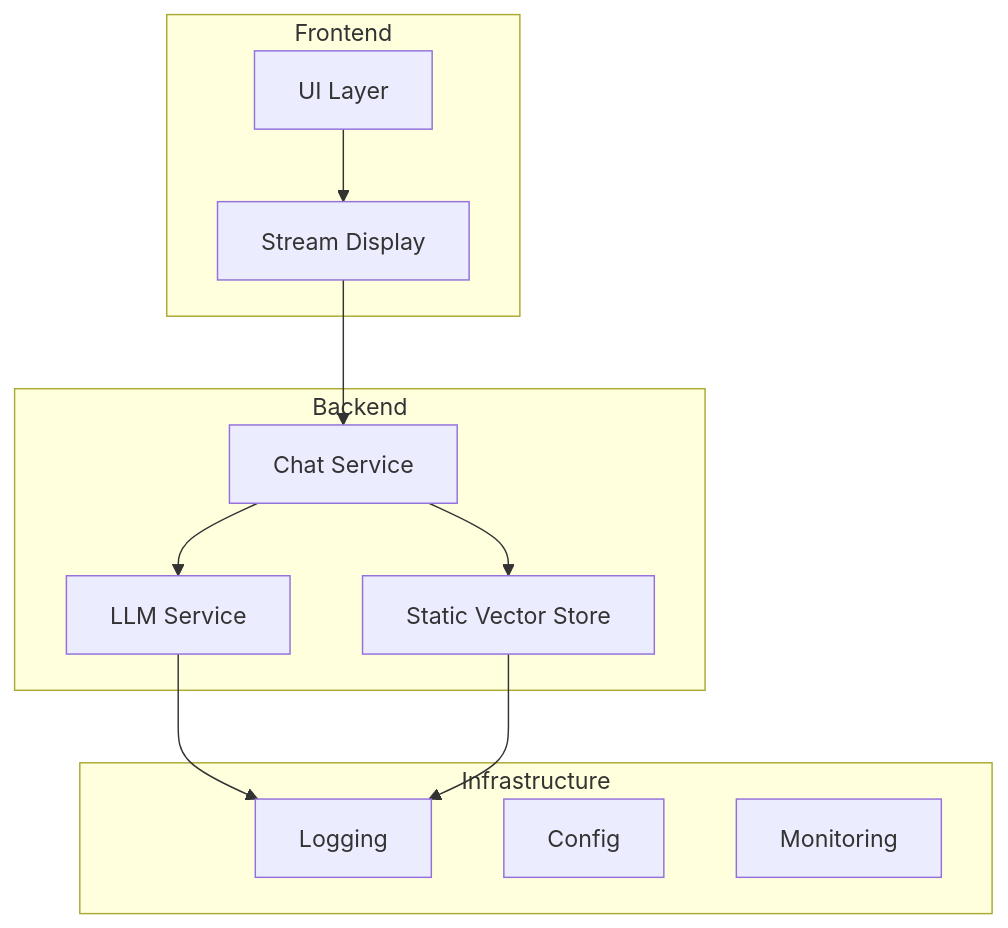
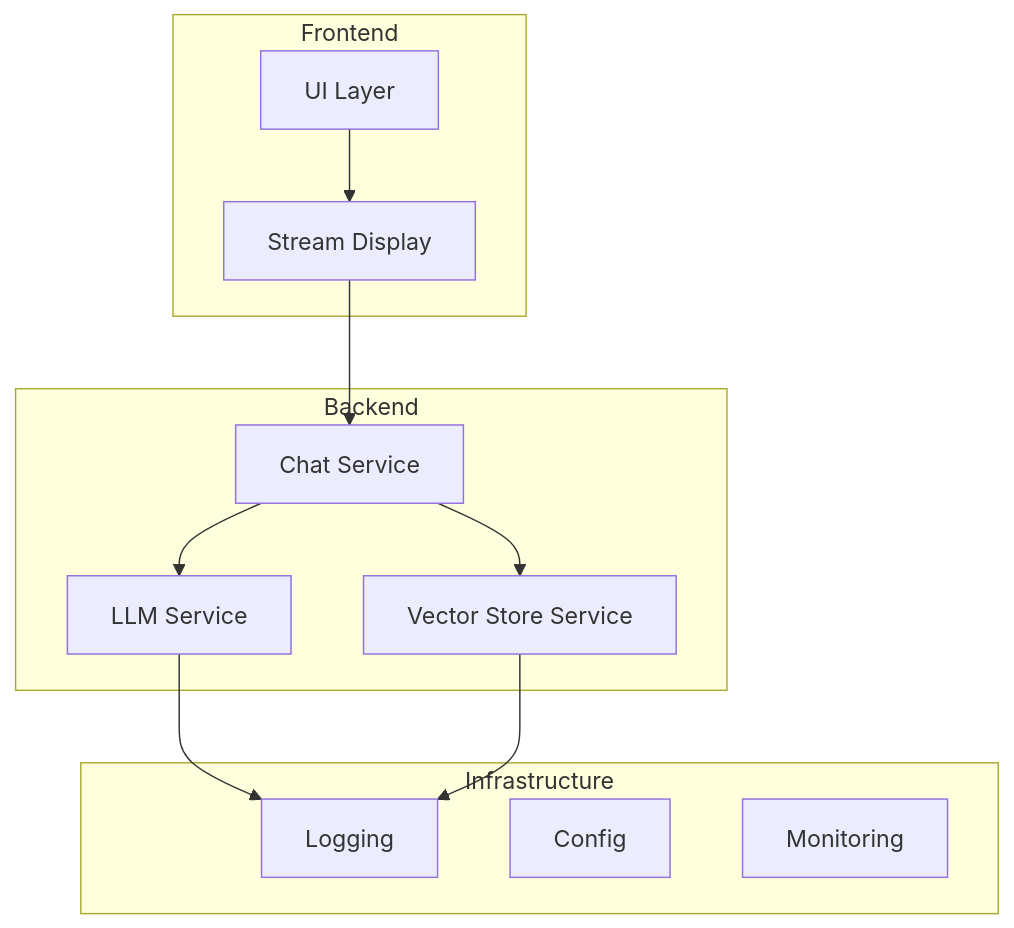
Before and after one commit to laialex501/lorechat-container: the third of 6 diagrams in memory-bank/systemPatterns.md, drawn with Mermaid. The commit also changed other lines of this file and 26 other files, not shown here.

Commit message:
Use factory refactory and add upstash vector store

````diff
--- a/memory-bank/systemPatterns.md
+++ b/memory-bank/systemPatterns.md
@@ -22,26 +32,26 @@
 ```mermaid
 graph TD
     subgraph Frontend
         A[UI Layer]
         B[Stream Display]
     end
     
     subgraph Backend
         C[Chat Service]
         D[LLM Service]
-        E[Static Vector Store]
+        E[Vector Store Service]
     end
     
     subgraph Infrastructure
         F[Logging]
         G[Config]
         H[Monitoring]
     end
     
     A --> B
     B --> C
     C --> D
     C --> E
     D --> F
     E --> F
 ```
````
